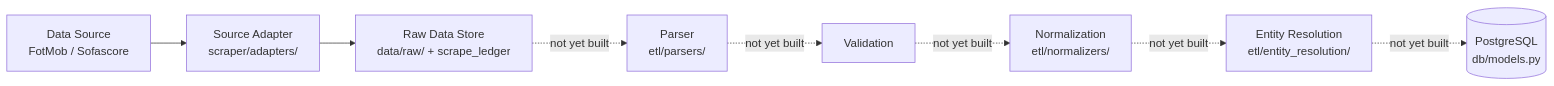
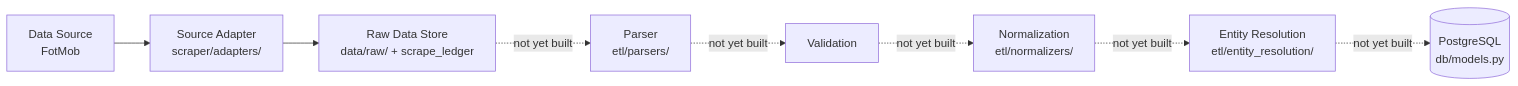
The first of 3 diagrams in README.md (iamadarsh0309/scout_it), drawn with Mermaid before and after one commit. The commit also changed other lines of this file and 6 other files, not shown here.

First line of the commit message:
Remove Sofascore data source; FotMob is now sole source of truth

````diff
--- a/README.md
+++ b/README.md
@@ -26,10 +30,10 @@
 ```mermaid
 flowchart LR
-    A[Data Source<br/>FotMob / Sofascore] --> B[Source Adapter<br/>scraper/adapters/]
+    A[Data Source<br/>FotMob] --> B[Source Adapter<br/>scraper/adapters/]
     B --> C[Raw Data Store<br/>data/raw/ + scrape_ledger]
     C -.not yet built.-> D[Parser<br/>etl/parsers/]
     D -.not yet built.-> E[Validation]
     E -.not yet built.-> F[Normalization<br/>etl/normalizers/]
     F -.not yet built.-> G[Entity Resolution<br/>etl/entity_resolution/]
     G -.not yet built.-> H[(PostgreSQL<br/>db/models.py)]
 ```
````
